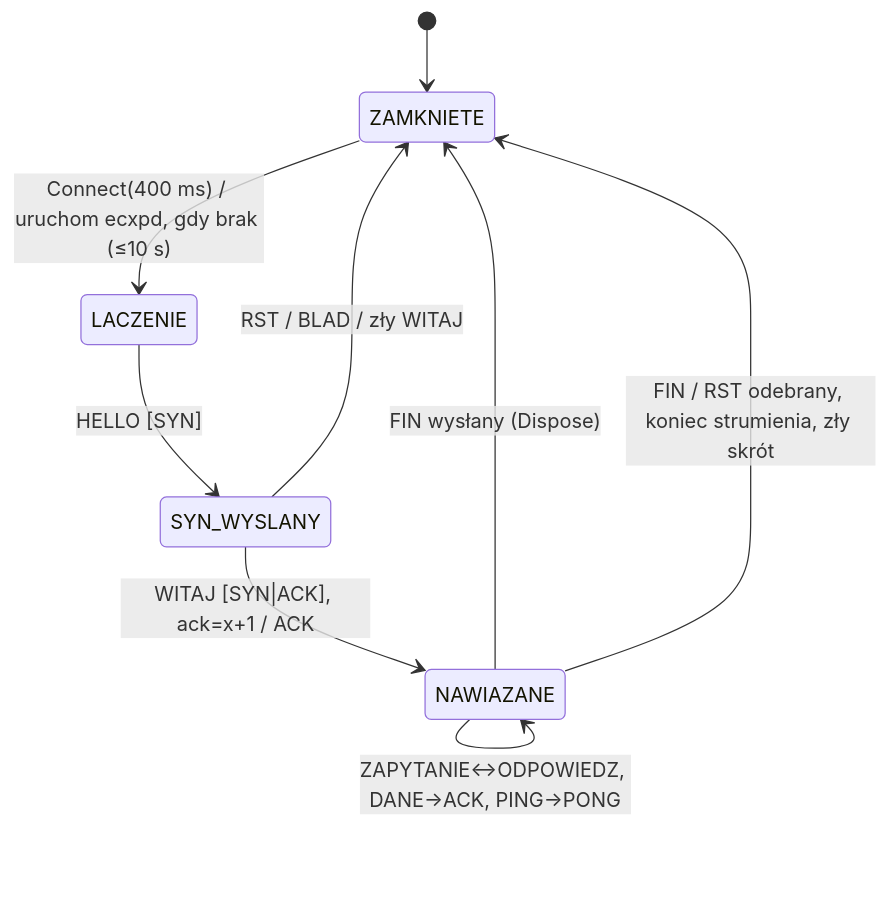
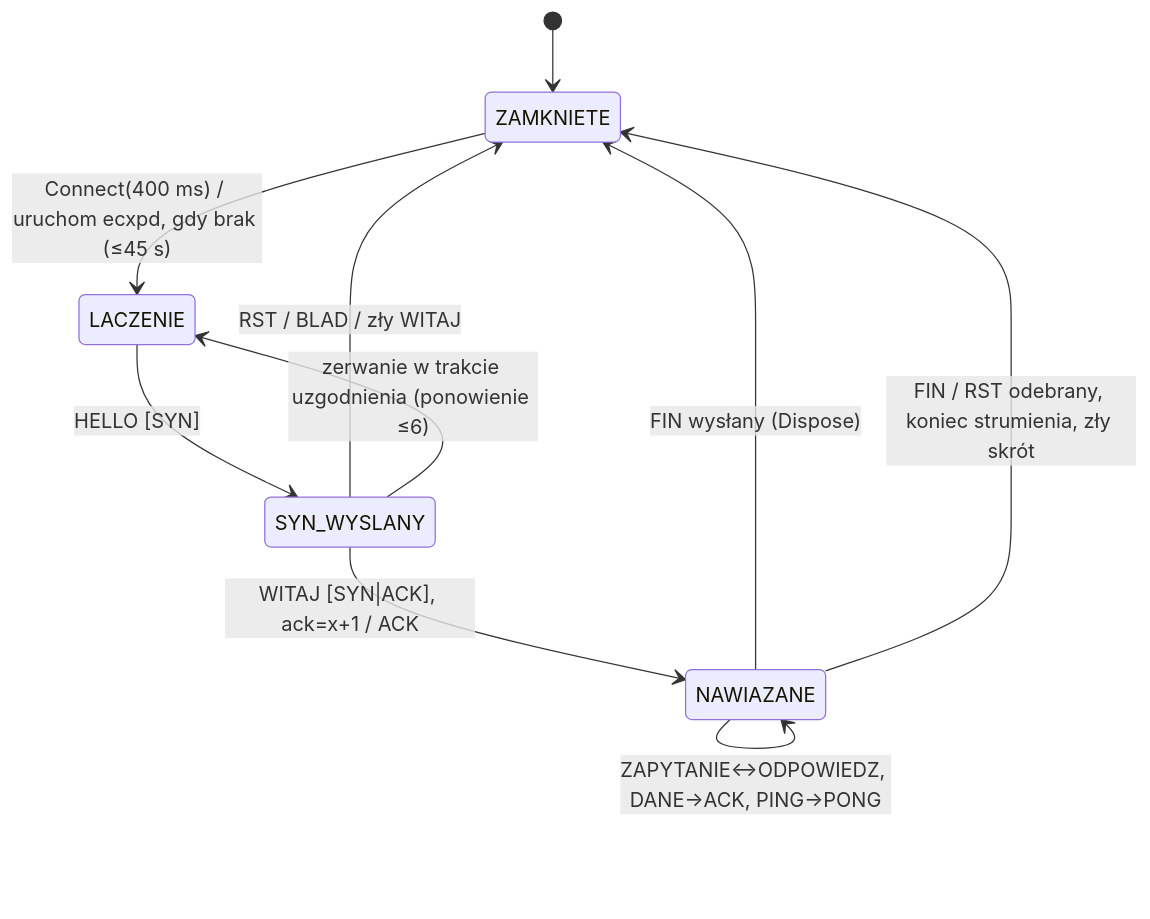
One commit to cybf1sh/ECXP-MAILBOX changed the fifth of 6 diagrams in docs/03-polaczenia.md. Above: the diagram before and after it, drawn with Mermaid. The commit also changed 5 other files, not shown here.

````diff
--- a/docs/03-polaczenia.md
+++ b/docs/03-polaczenia.md
@@ -73,11 +73,12 @@
 ```mermaid
 stateDiagram-v2
     [*] --> ZAMKNIETE
-    ZAMKNIETE --> LACZENIE: Connect(400 ms) / uruchom ecxpd, gdy brak (≤10 s)
+    ZAMKNIETE --> LACZENIE: Connect(400 ms) / uruchom ecxpd, gdy brak (≤45 s)
     LACZENIE --> SYN_WYSLANY: HELLO [SYN]
     SYN_WYSLANY --> NAWIAZANE: WITAJ [SYN|ACK], ack=x+1 / ACK
     SYN_WYSLANY --> ZAMKNIETE: RST / BLAD / zły WITAJ
+    SYN_WYSLANY --> LACZENIE: zerwanie w trakcie uzgodnienia (ponowienie ≤6)
     NAWIAZANE --> NAWIAZANE: ZAPYTANIE↔ODPOWIEDZ, DANE→ACK, PING→PONG
     NAWIAZANE --> ZAMKNIETE: FIN wysłany (Dispose)
     NAWIAZANE --> ZAMKNIETE: FIN / RST odebrany, koniec strumienia, zły skrót
 ```
````
